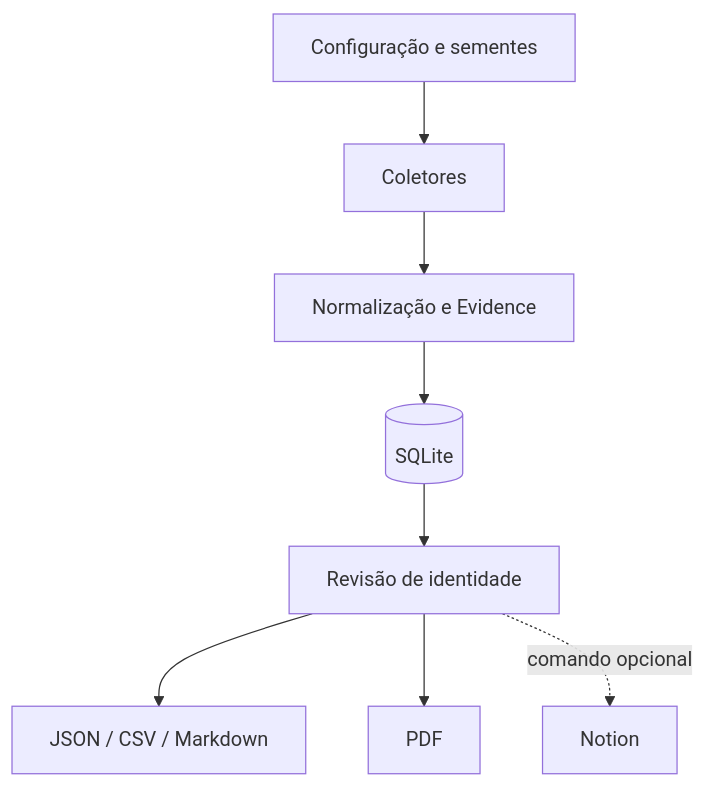
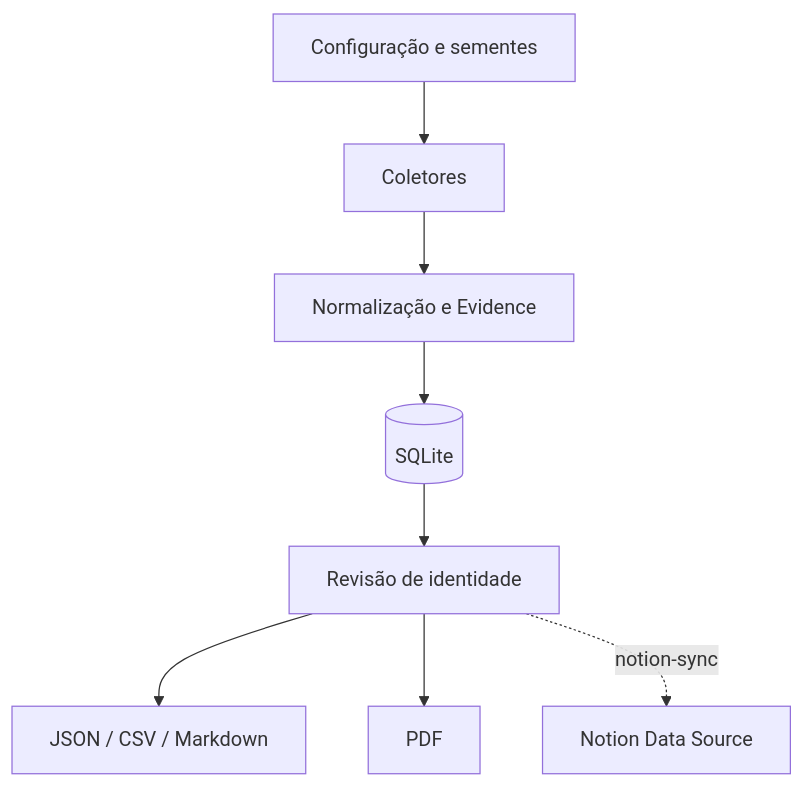
Before and after one commit to aridiosilva/Digital_Footprint_Map: the diagram in docs/ARQUITETURA.md, drawn with Mermaid. The commit also changed other lines of this file and 10 other files, not shown here.

````diff
--- a/docs/ARQUITETURA.md
+++ b/docs/ARQUITETURA.md
@@ -3,10 +3,10 @@
 ```mermaid
 flowchart TD
     A[Configuração e sementes] --> B[Coletores]
     B --> C[Normalização e Evidence]
     C --> D[(SQLite)]
     D --> E[Revisão de identidade]
     E --> F[JSON / CSV / Markdown]
     E --> G[PDF]
-    E -. comando opcional .-> H[Notion]
+    E -. notion-sync .-> H[Notion Data Source]
 ```
````
